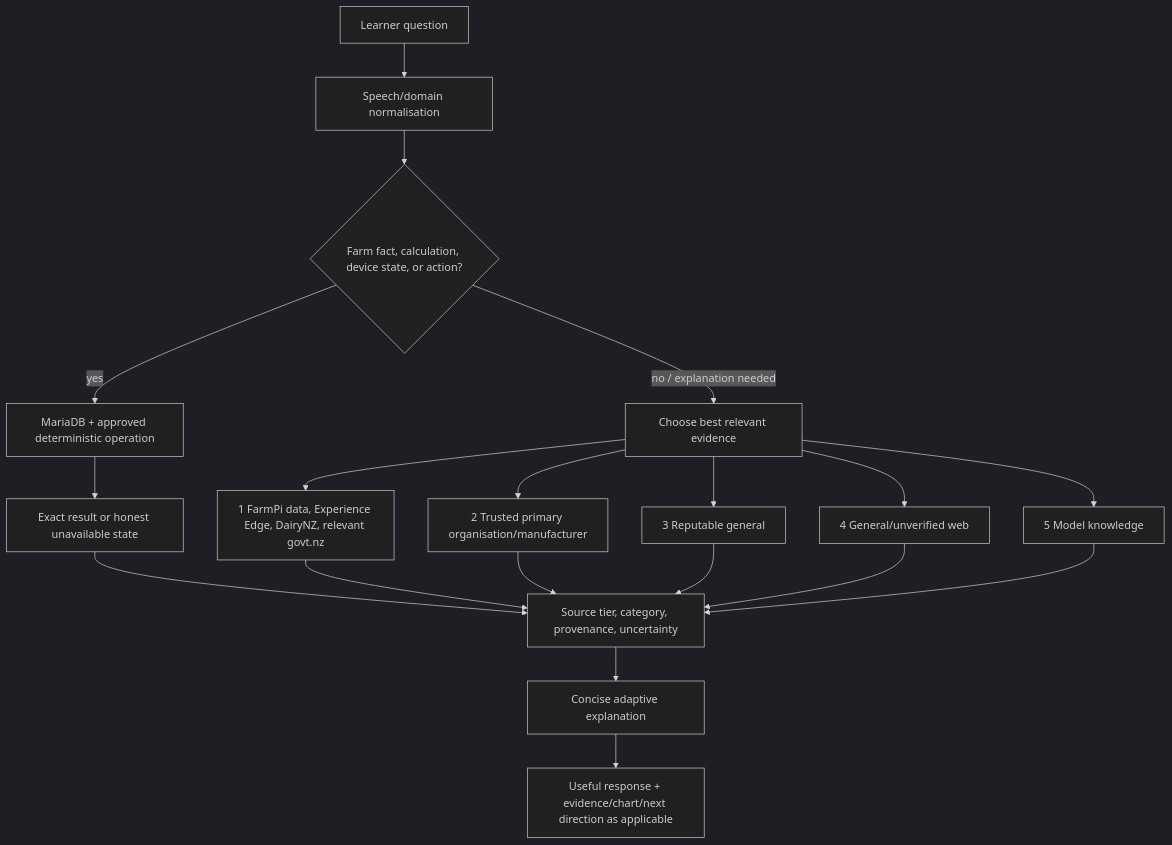
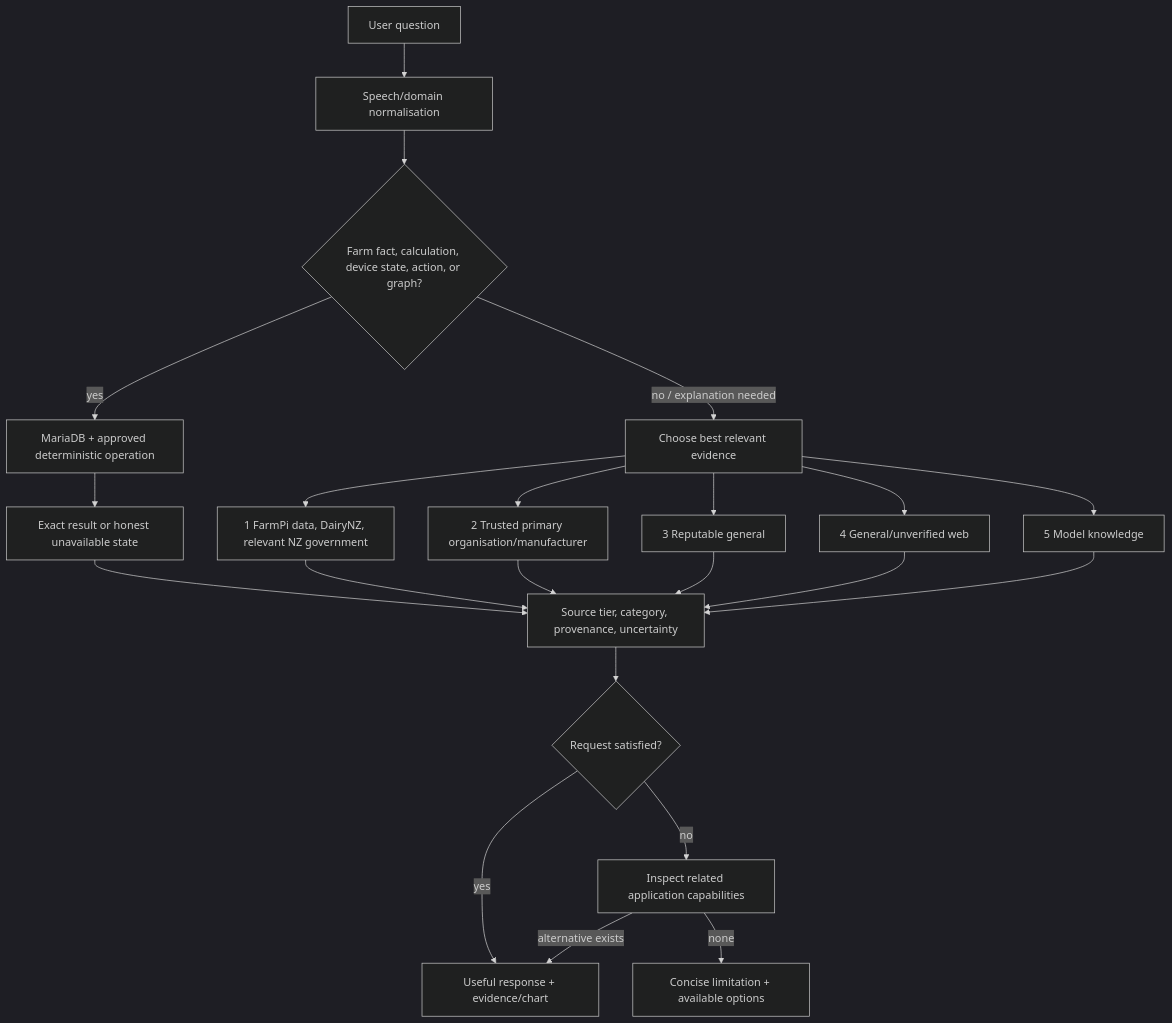
The diagram in docs/diagrams/grounding-pipeline.mmd (w0rmy/farmpi), drawn with Mermaid (dark theme) before and after one commit.

Commit message:
Update grounding diagram for functional AI integration

```diff
--- a/docs/diagrams/grounding-pipeline.mmd
+++ b/docs/diagrams/grounding-pipeline.mmd
@@ -1,19 +1,22 @@
 flowchart TD
-  T[Learner question] --> N[Speech/domain normalisation]
-  N --> R{Farm fact, calculation, device state, or action?}
+  T[User question] --> N[Speech/domain normalisation]
+  N --> R{Farm fact, calculation, device state, action, or graph?}
   R -->|yes| D[MariaDB + approved deterministic operation]
   D --> F[Exact result or honest unavailable state]
   R -->|no / explanation needed| H[Choose best relevant evidence]
-  H --> T1[1 FarmPi data, Experience Edge, DairyNZ, relevant govt.nz]
+  H --> T1[1 FarmPi data, DairyNZ, relevant NZ government]
   H --> T2[2 Trusted primary organisation/manufacturer]
   H --> T3[3 Reputable general]
   H --> T4[4 General/unverified web]
   H --> T5[5 Model knowledge]
   F --> P[Source tier, category, provenance, uncertainty]
   T1 --> P
   T2 --> P
   T3 --> P
   T4 --> P
   T5 --> P
-  P --> L[Concise adaptive explanation]
-  L --> U[Useful response + evidence/chart/next direction as applicable]
+  P --> C{Request satisfied?}
+  C -->|yes| U[Useful response + evidence/chart]
+  C -->|no| A[Inspect related application capabilities]
+  A -->|alternative exists| U
+  A -->|none| Z[Concise limitation + available options]
```
